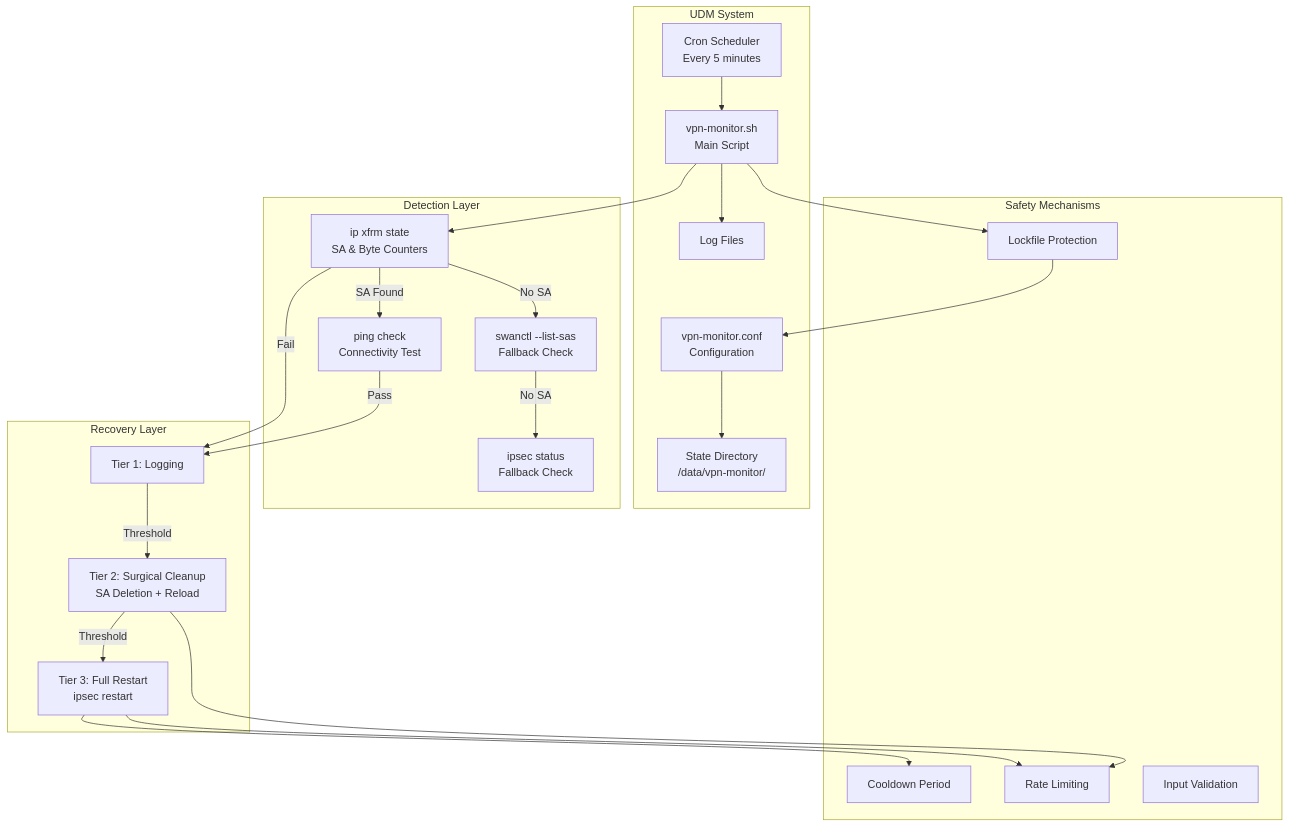
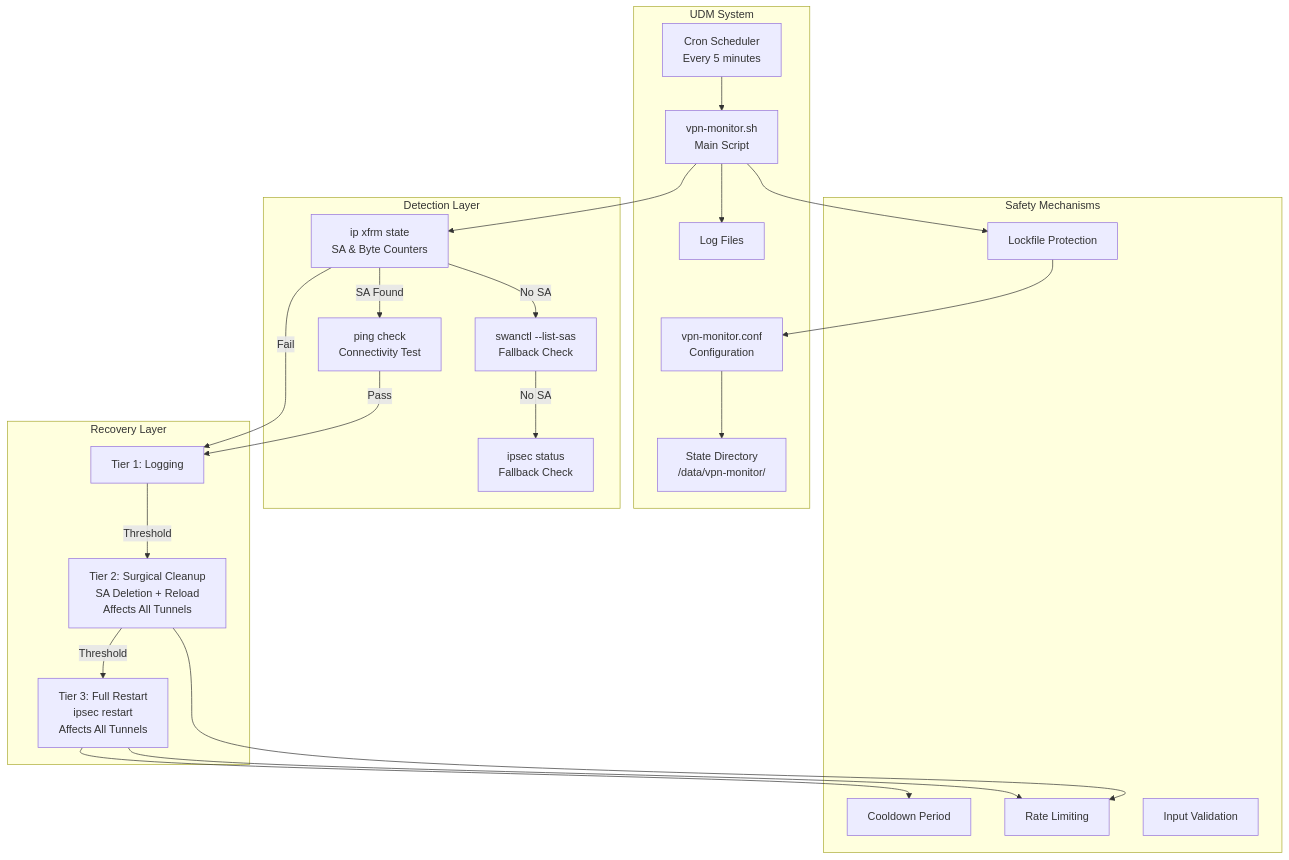
One commit to Eccentric-Quality-Solutions/udm-vpn-monitor changed the first of 6 diagrams in ARCHITECTURE.md. Above: the diagram before and after it, drawn with Mermaid. The commit also changed other lines of this file and 13 other files, not shown here.

````diff
--- a/ARCHITECTURE.md
+++ b/ARCHITECTURE.md
@@ -57,47 +57,47 @@
 ```mermaid
 graph TB
     subgraph "UDM System"
         Cron[Cron Scheduler<br/>Every 5 minutes]
         MainScript[vpn-monitor.sh<br/>Main Script]
         Config[vpn-monitor.conf<br/>Configuration]
         StateDir[State Directory<br/>/data/vpn-monitor/]
         LogDir[Log Files]
     end
     
     subgraph "Detection Layer"
         XfrmCheck[ip xfrm state<br/>SA & Byte Counters]
         SwanctlCheck[swanctl --list-sas<br/>Fallback Check]
         IpsecCheck[ipsec status<br/>Fallback Check]
         PingCheck[ping check<br/>Connectivity Test]
     end
     
     subgraph "Recovery Layer"
         Tier1[Tier 1: Logging]
-        Tier2[Tier 2: Surgical Cleanup<br/>SA Deletion + Reload]
-        Tier3[Tier 3: Full Restart<br/>ipsec restart]
+        Tier2[Tier 2: Surgical Cleanup<br/>SA Deletion + Reload<br/>Affects All Tunnels]
+        Tier3[Tier 3: Full Restart<br/>ipsec restart<br/>Affects All Tunnels]
     end
     
     subgraph "Safety Mechanisms"
         Lockfile[Lockfile Protection]
         Cooldown[Cooldown Period]
         RateLimit[Rate Limiting]
         Validation[Input Validation]
     end
     
     Cron --> MainScript
     MainScript --> Lockfile
     Lockfile --> Config
     Config --> StateDir
     MainScript --> XfrmCheck
     XfrmCheck -->|No SA| SwanctlCheck
     SwanctlCheck -->|No SA| IpsecCheck
     XfrmCheck -->|SA Found| PingCheck
     PingCheck -->|Pass| Tier1
     XfrmCheck -->|Fail| Tier1
     Tier1 -->|Threshold| Tier2
     Tier2 -->|Threshold| Tier3
     Tier3 --> Cooldown
     Tier2 --> RateLimit
     Tier3 --> RateLimit
     MainScript --> LogDir
 ```
````
